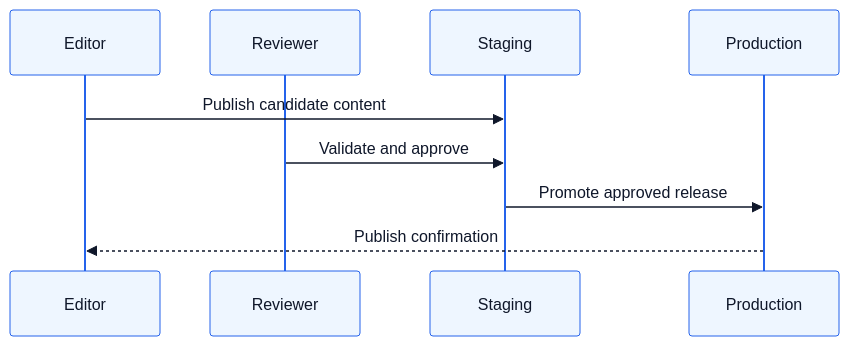
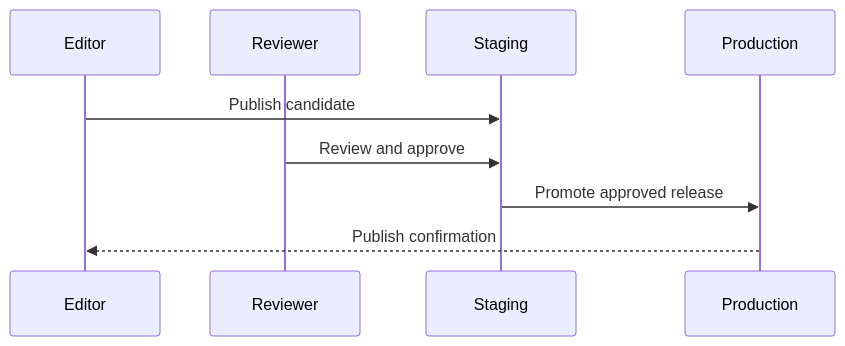
The second of 2 diagrams in deployment/publishing-workflow.md (CWALabs/SkyCMS.Docs), drawn with Mermaid before and after one commit. The commit also changed other lines of this file and 211 other files, not shown here.

````diff
--- a/deployment/publishing-workflow.md
+++ b/deployment/publishing-workflow.md
@@ -325,12 +112,11 @@
 ```mermaid
-%%{init: {"theme":"base","themeVariables":{"primaryColor":"#eef6ff","primaryTextColor":"#0f172a","primaryBorderColor":"#2563eb","lineColor":"#334155","secondaryColor":"#f8fafc","tertiaryColor":"#ffffff","fontFamily":"Segoe UI, Arial, sans-serif"}}}%%
 sequenceDiagram
-   participant E as Editor
-   participant R as Reviewer
-   participant S as Staging
-   participant P as Production
-   E->>S: Publish candidate content
-   R->>S: Validate and approve
-   S->>P: Promote approved release
-   P-->>E: Publish confirmation
+  participant E as Editor
+  participant R as Reviewer
+  participant S as Staging
+  participant P as Production
+  E->>S: Publish candidate
+  R->>S: Review and approve
+  S->>P: Promote approved release
+  P-->>E: Publish confirmation
 ```
````
